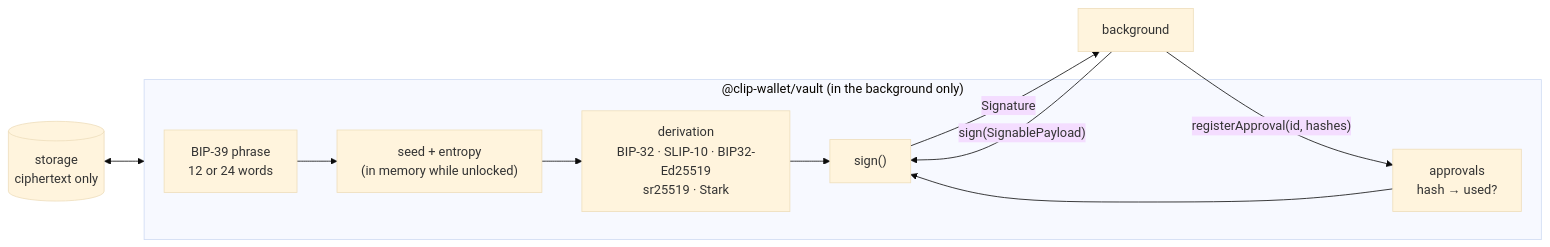
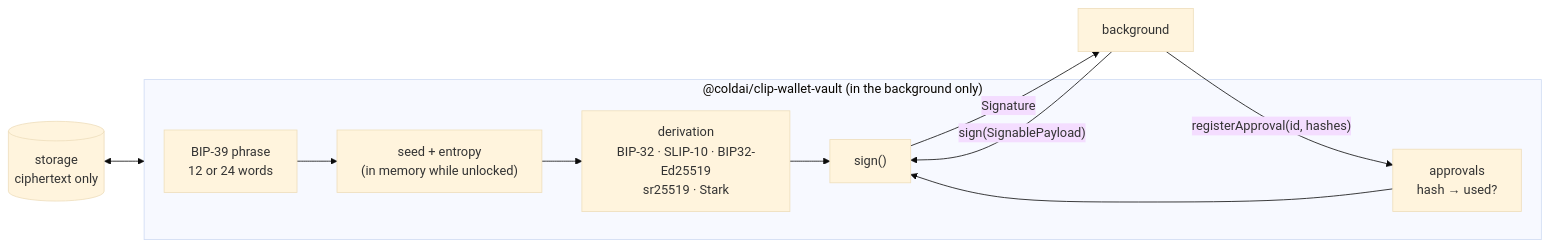
Before and after one commit to ColdAI-org/clip-wallet: the diagram in apps/docs/src/architecture/vault.md, drawn with Mermaid (base theme). The commit also changed other lines of this file and 1229 other files, not shown here.

First line of the commit message:
build: rename @clip-wallet/<name> to @coldai/clip-wallet-<name>

````diff
--- a/apps/docs/src/architecture/vault.md
+++ b/apps/docs/src/architecture/vault.md
@@ -7,13 +7,13 @@
 ```mermaid
 flowchart LR
-  subgraph Vault["@clip-wallet/vault (in the background only)"]
+  subgraph Vault["@coldai/clip-wallet-vault (in the background only)"]
     P["BIP-39 phrase<br/>12 or 24 words"] --> SEED["seed + entropy<br/>(in memory while unlocked)"]
     SEED --> D["derivation<br/>BIP-32 · SLIP-10 · BIP32-Ed25519<br/>sr25519 · Stark"]
     D --> SIGN["sign()"]
     APPR["approvals<br/>hash → used?"] --> SIGN
   end
   BG["background"] -- "registerApproval(id, hashes)" --> APPR
   BG -- "sign(SignablePayload)" --> SIGN
   SIGN -- "Signature" --> BG
   STORE[("storage<br/>ciphertext only")] <--> Vault
 ```
````
